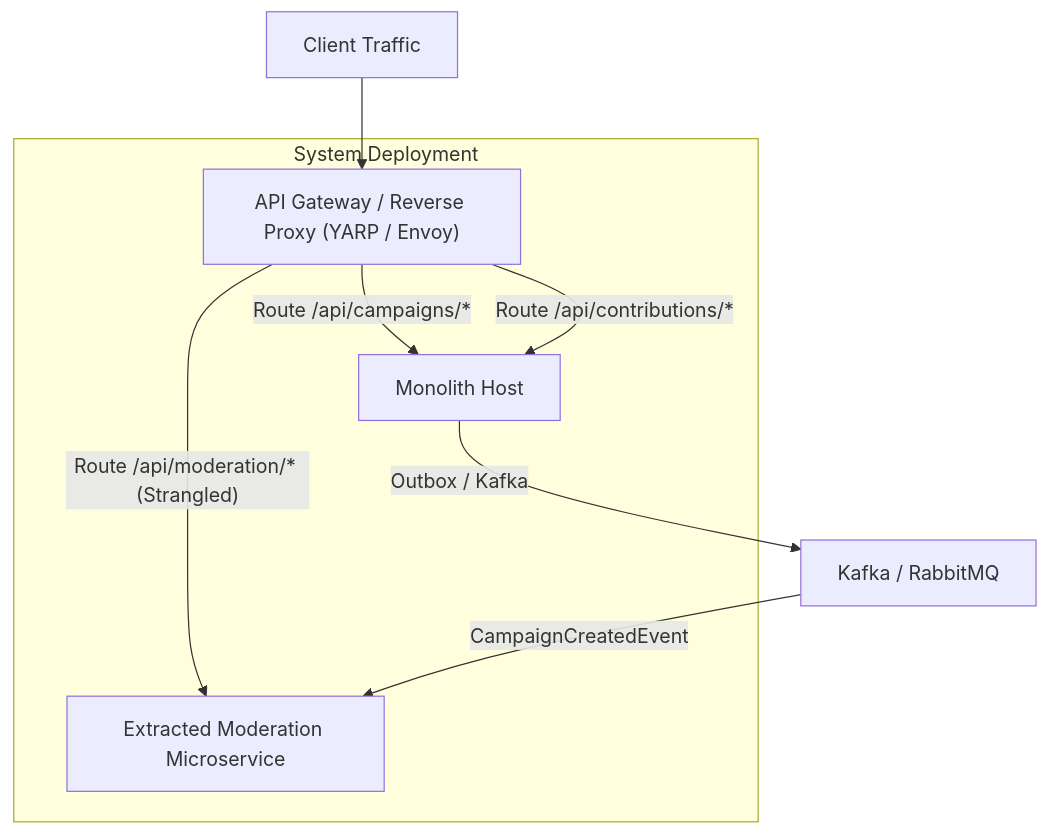
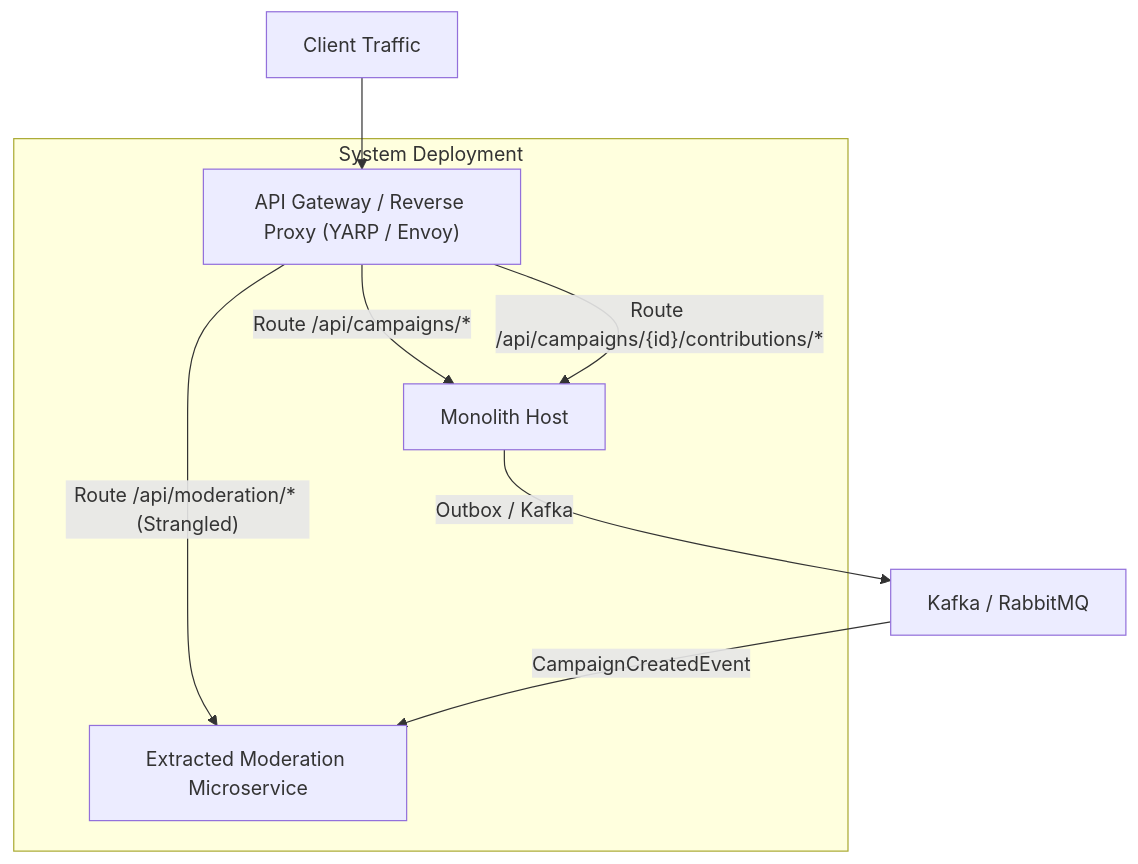
One commit to maysamgamini/crowdfundinghub changed the second of 2 diagrams in educational/01-architecture-paradigms/monolith-to-microservices-blueprint.md. Above: the diagram before and after it, drawn with Mermaid. The commit also changed other lines of this file and 31 other files, not shown here.

````diff
--- a/educational/01-architecture-paradigms/monolith-to-microservices-blueprint.md
+++ b/educational/01-architecture-paradigms/monolith-to-microservices-blueprint.md
@@ -108,13 +108,13 @@
 ```mermaid
 graph TD
     Client["Client Traffic"] --> Gateway["API Gateway / Reverse Proxy (YARP / Envoy)"]
     
     subgraph DecomposedSystem["System Deployment"]
         Gateway -- "Route /api/campaigns/*" --> Monolith["Monolith Host"]
-        Gateway -- "Route /api/contributions/*" --> Monolith
+        Gateway -- "Route /api/campaigns/{id}/contributions/*" --> Monolith
         Gateway -- "Route /api/moderation/* (Strangled)" --> ModService["Extracted Moderation Microservice"]
     end
 
     Monolith -- "Outbox / Kafka" --> Broker["Kafka / RabbitMQ"]
     Broker -- "CampaignCreatedEvent" --> ModService
 ```
````
